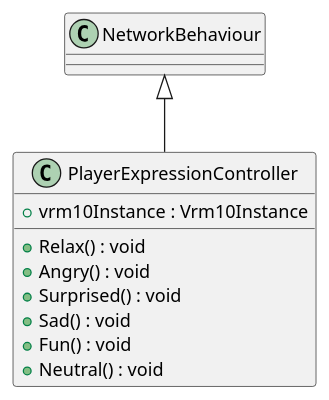
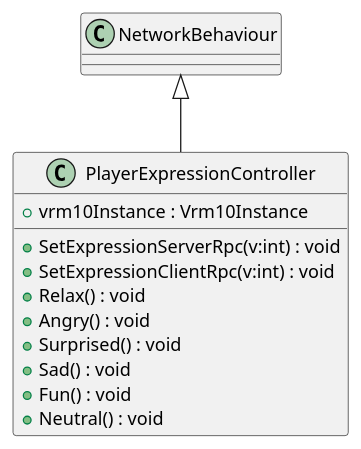
One commit to cutehusky/VirtualChat3D changed the diagram in src/Assets/Scripts/Core/OnlineRuntimeModule/CharacterControl/puml/PlayerExpressionController.puml. Above: the diagram before and after it, drawn with PlantUML. The commit also changed 38 other files, not shown here.

```diff
--- a/src/Assets/Scripts/Core/OnlineRuntimeModule/CharacterControl/puml/PlayerExpressionController.puml
+++ b/src/Assets/Scripts/Core/OnlineRuntimeModule/CharacterControl/puml/PlayerExpressionController.puml
@@ -1,12 +1,14 @@
 @startuml
 class PlayerExpressionController {
     + vrm10Instance : Vrm10Instance
+    + SetExpressionServerRpc(v:int) : void
+    + SetExpressionClientRpc(v:int) : void
     + Relax() : void
     + Angry() : void
     + Surprised() : void
     + Sad() : void
     + Fun() : void
     + Neutral() : void
 }
 NetworkBehaviour <|-- PlayerExpressionController
 @enduml
```
